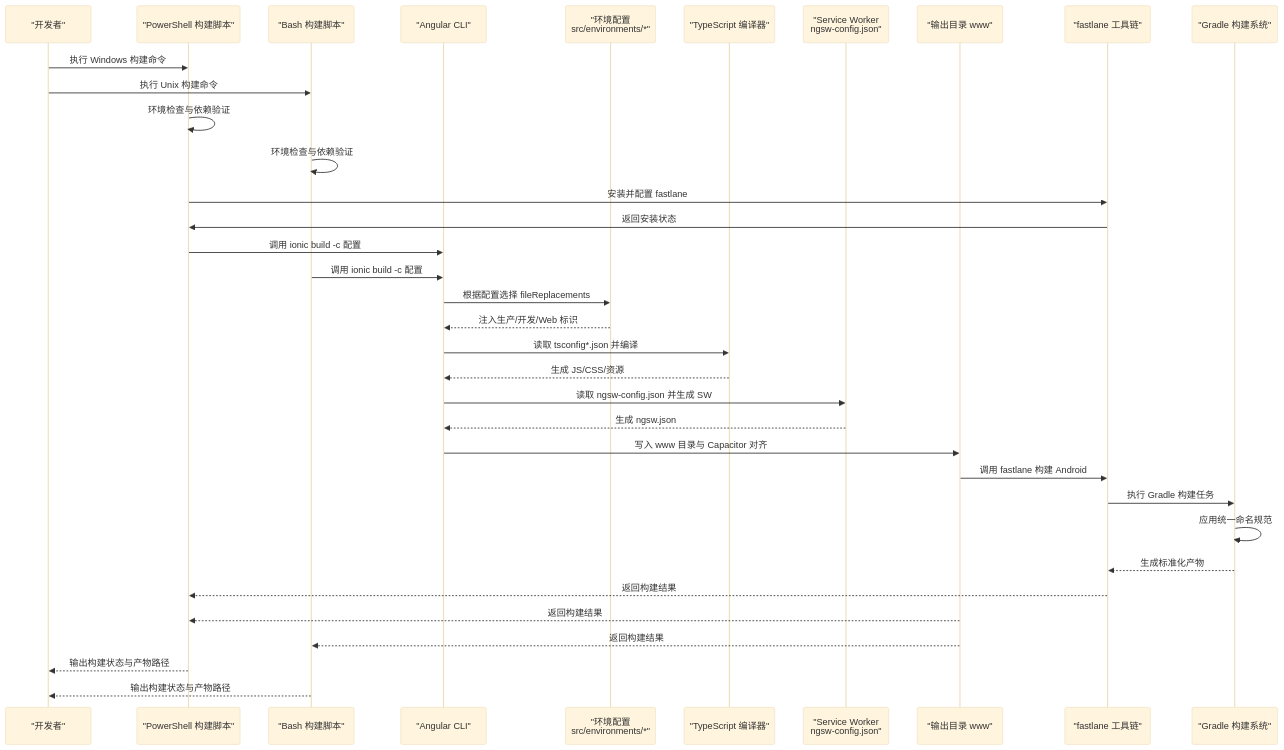
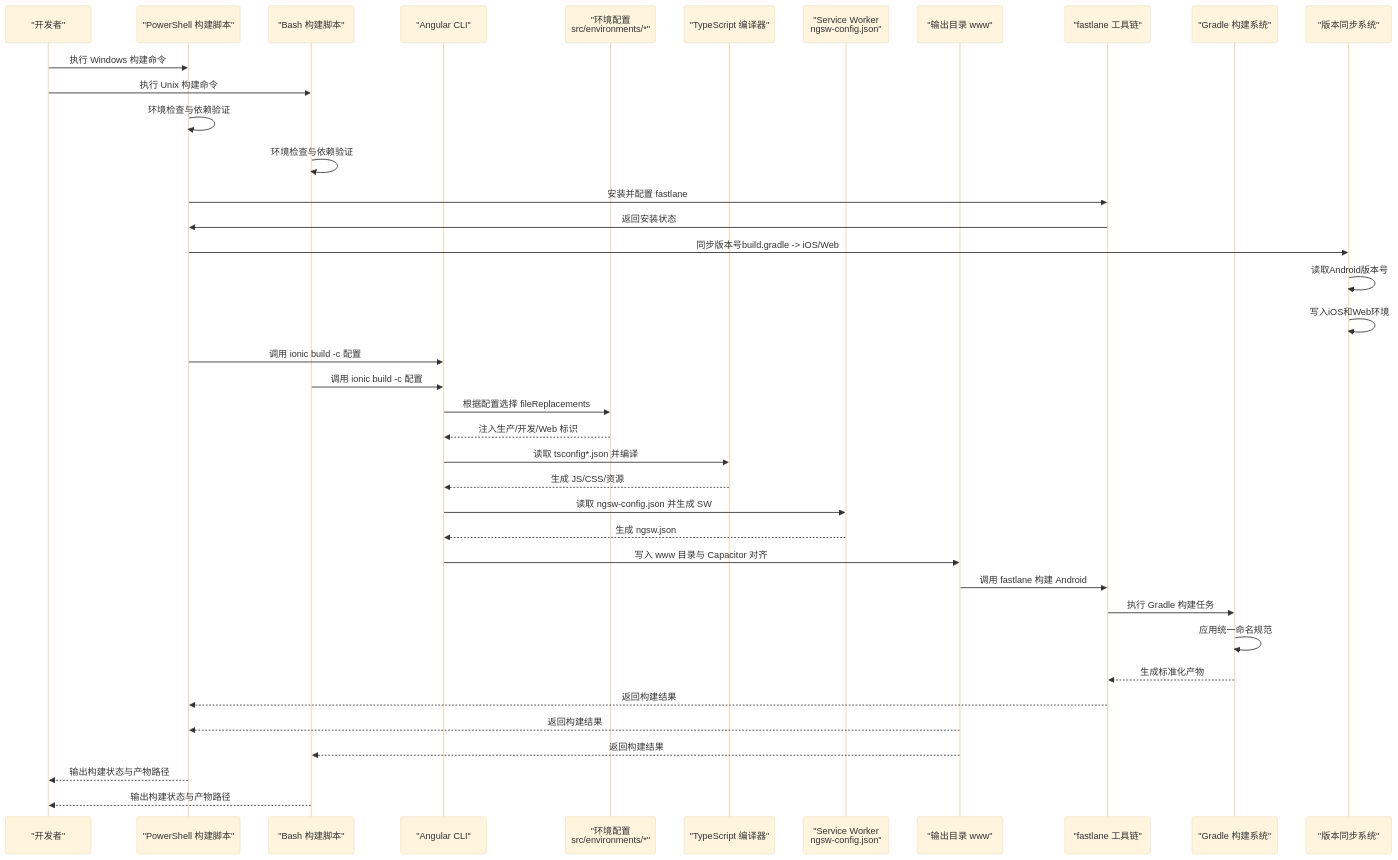
One commit to tea4go/Macro-Deck-Client-App changed the second of 6 diagrams in .qoder/repowiki/zh/content/构建与部署/构建配置.md. Above: the diagram before and after it, drawn with Mermaid (base theme). The commit also changed other lines of this file and 37 other files, not shown here.

````diff
--- a/.qoder/repowiki/zh/content/构建与部署/构建配置.md
+++ b/.qoder/repowiki/zh/content/构建与部署/构建配置.md
@@ -165,37 +175,41 @@
 ```mermaid
 sequenceDiagram
 participant Dev as "开发者"
 participant WinPS as "PowerShell 构建脚本"
 participant UnixSh as "Bash 构建脚本"
 participant CLI as "Angular CLI"
 participant Env as "环境配置<br/>src/environments/*"
 participant TS as "TypeScript 编译器"
 participant SW as "Service Worker<br/>ngsw-config.json"
 participant Out as "输出目录 www"
 participant Fastlane as "fastlane 工具链"
 participant Gradle as "Gradle 构建系统"
+participant VersionSync as "版本同步系统"
 Dev->>WinPS : 执行 Windows 构建命令
 Dev->>UnixSh : 执行 Unix 构建命令
 WinPS->>WinPS : 环境检查与依赖验证
 UnixSh->>UnixSh : 环境检查与依赖验证
 WinPS->>Fastlane : 安装并配置 fastlane
 Fastlane->>WinPS : 返回安装状态
+WinPS->>VersionSync : 同步版本号build.gradle -> iOS/Web
+VersionSync->>VersionSync : 读取Android版本号
+VersionSync->>VersionSync : 写入iOS和Web环境
 WinPS->>CLI : 调用 ionic build -c 配置
 UnixSh->>CLI : 调用 ionic build -c 配置
 CLI->>Env : 根据配置选择 fileReplacements
 Env-->>CLI : 注入生产/开发/Web 标识
 CLI->>TS : 读取 tsconfig*.json 并编译
 TS-->>CLI : 生成 JS/CSS/资源
 CLI->>SW : 读取 ngsw-config.json 并生成 SW
 SW-->>CLI : 生成 ngsw.json
 CLI->>Out : 写入 www 目录与 Capacitor 对齐
 Out->>Fastlane : 调用 fastlane 构建 Android
 Fastlane->>Gradle : 执行 Gradle 构建任务
 Gradle->>Gradle : 应用统一命名规范
 Gradle-->>Fastlane : 生成标准化产物
 Fastlane-->>WinPS : 返回构建结果
 Out-->>WinPS : 返回构建结果
 Out-->>UnixSh : 返回构建结果
 WinPS-->>Dev : 输出构建状态与产物路径
 UnixSh-->>Dev : 输出构建状态与产物路径
 ```
````
